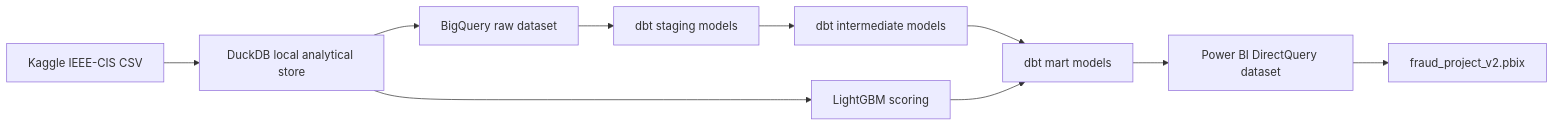
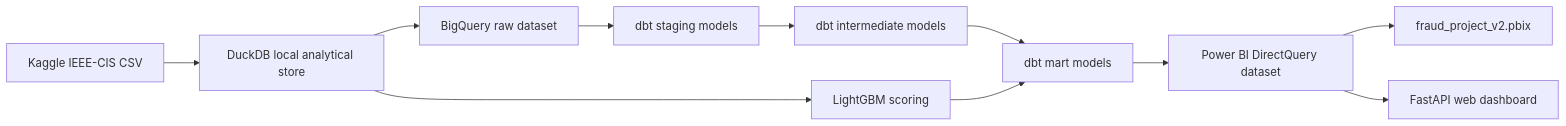
Before and after one commit to senanurcetin/ieee-fraud-detection-analytics: the diagram in README.md, drawn with Mermaid. The commit also changed other lines of this file and 7 other files, not shown here.

Commit message:
Add live BigQuery web dashboard

````diff
--- a/README.md
+++ b/README.md
@@ -34,12 +34,13 @@
 ```mermaid
 flowchart LR
     A["Kaggle IEEE-CIS CSV"] --> B["DuckDB local analytical store"]
     B --> C["BigQuery raw dataset"]
     C --> D["dbt staging models"]
     D --> E["dbt intermediate models"]
     E --> F["dbt mart models"]
     F --> G["Power BI DirectQuery dataset"]
     B --> H["LightGBM scoring"]
     H --> F
     G --> I["fraud_project_v2.pbix"]
+    G --> J["FastAPI web dashboard"]
 ```
````
